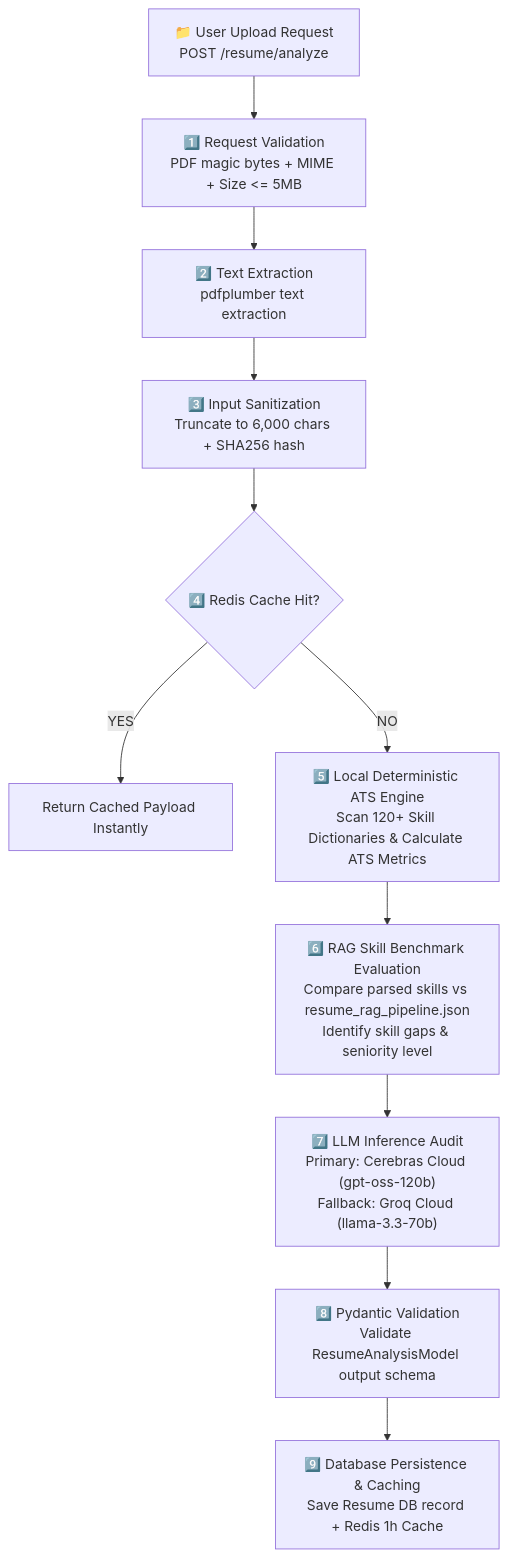
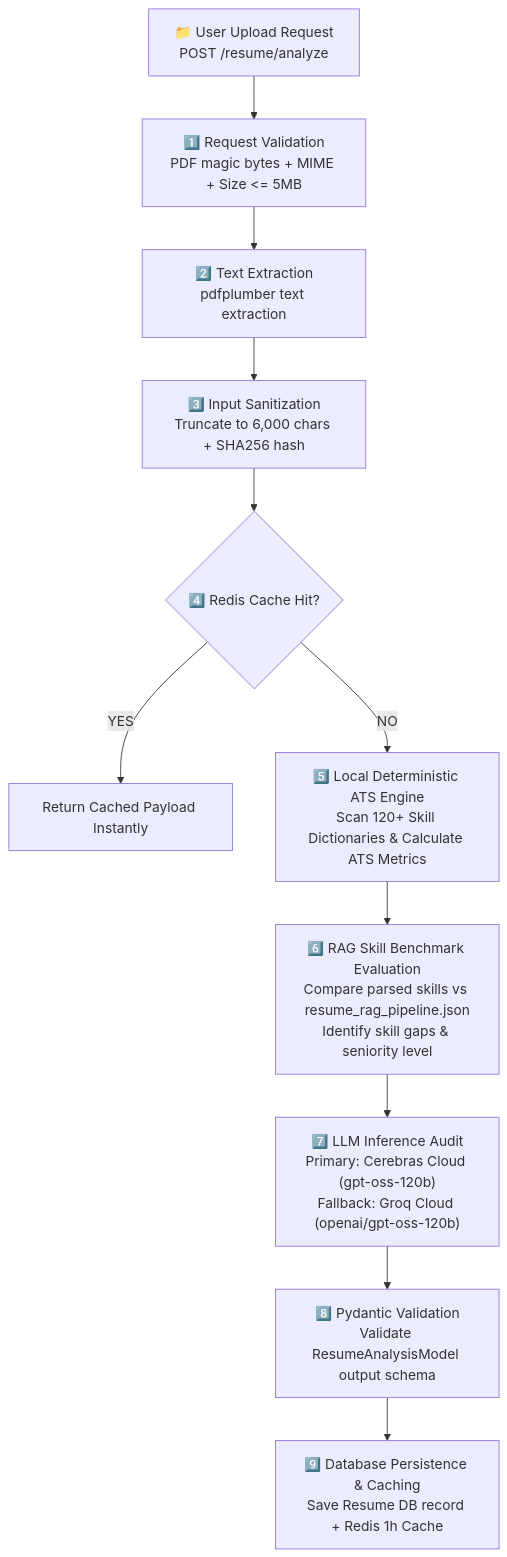
One commit to Anil-Pradhan-web/ai-career-mentor changed diagram 19 of 33 in documentation/ARCHITECTURE.md. Above: the diagram before and after it, drawn with Mermaid. The commit also changed other lines of this file and 5 other files, not shown here.

````diff
--- a/documentation/ARCHITECTURE.md
+++ b/documentation/ARCHITECTURE.md
@@ -995,19 +991,19 @@
 ```mermaid
 flowchart TD
     UPLOAD["📁 User Upload Request<br/>POST /resume/analyze"] --> V["1️⃣ Request Validation<br/>PDF magic bytes + MIME + Size <= 5MB"]
     V --> E["2️⃣ Text Extraction<br/>pdfplumber text extraction"]
     E --> S["3️⃣ Input Sanitization<br/>Truncate to 6,000 chars + SHA256 hash"]
     
     S --> CACHE{"4️⃣ Redis Cache Hit?"}
     CACHE -->|"YES"| C_RET["Return Cached Payload Instantly"]
     
     CACHE -->|"NO"| ATS["5️⃣ Local Deterministic ATS Engine<br/>Scan 120+ Skill Dictionaries & Calculate ATS Metrics"]
     
     ATS --> RAG_BENCH["6️⃣ RAG Skill Benchmark Evaluation<br/>Compare parsed skills vs resume_rag_pipeline.json<br/>Identify skill gaps & seniority level"]
     
-    RAG_BENCH --> LLM["7️⃣ LLM Inference Audit<br/>Primary: Cerebras Cloud (gpt-oss-120b)<br/>Fallback: Groq Cloud (llama-3.3-70b)"]
+    RAG_BENCH --> LLM["7️⃣ LLM Inference Audit<br/>Primary: Cerebras Cloud (gpt-oss-120b)<br/>Fallback: Groq Cloud (openai/gpt-oss-120b)"]
     
     LLM --> MODEL_VAL["8️⃣ Pydantic Validation<br/>Validate ResumeAnalysisModel output schema"]
     
     MODEL_VAL --> DB_SAVE["9️⃣ Database Persistence & Caching<br/>Save Resume DB record + Redis 1h Cache"]
 ```
````
